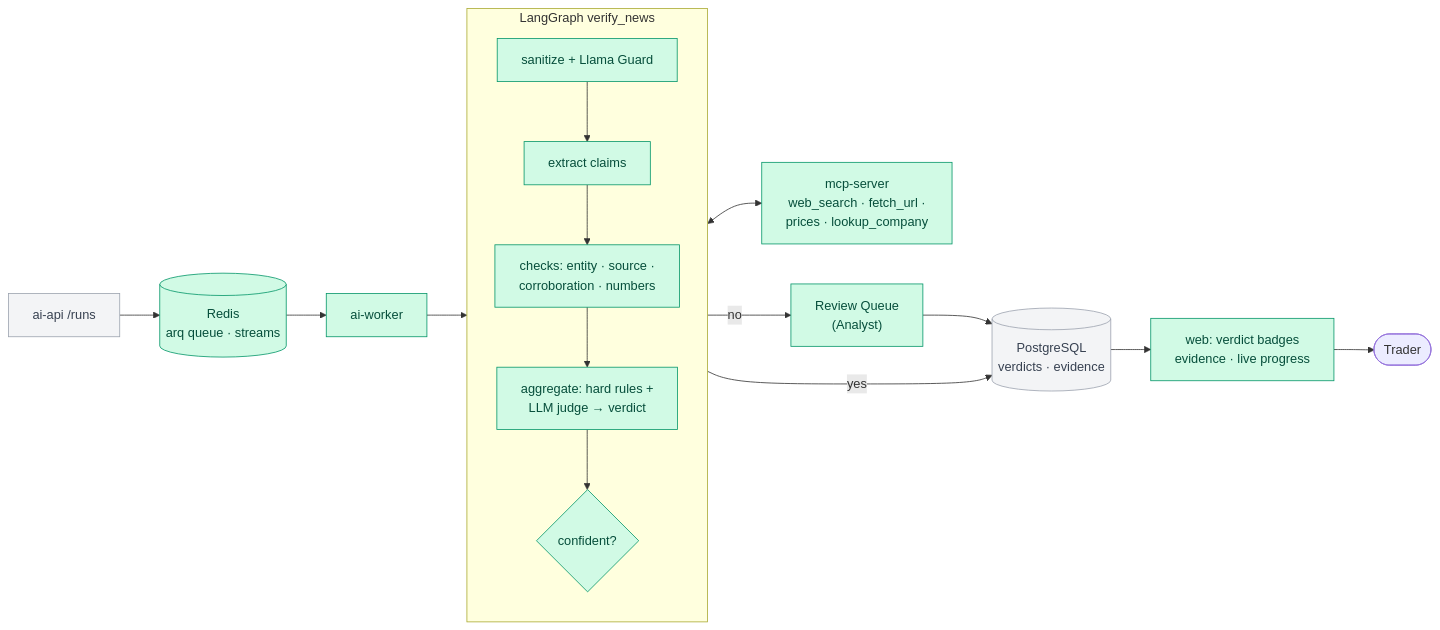
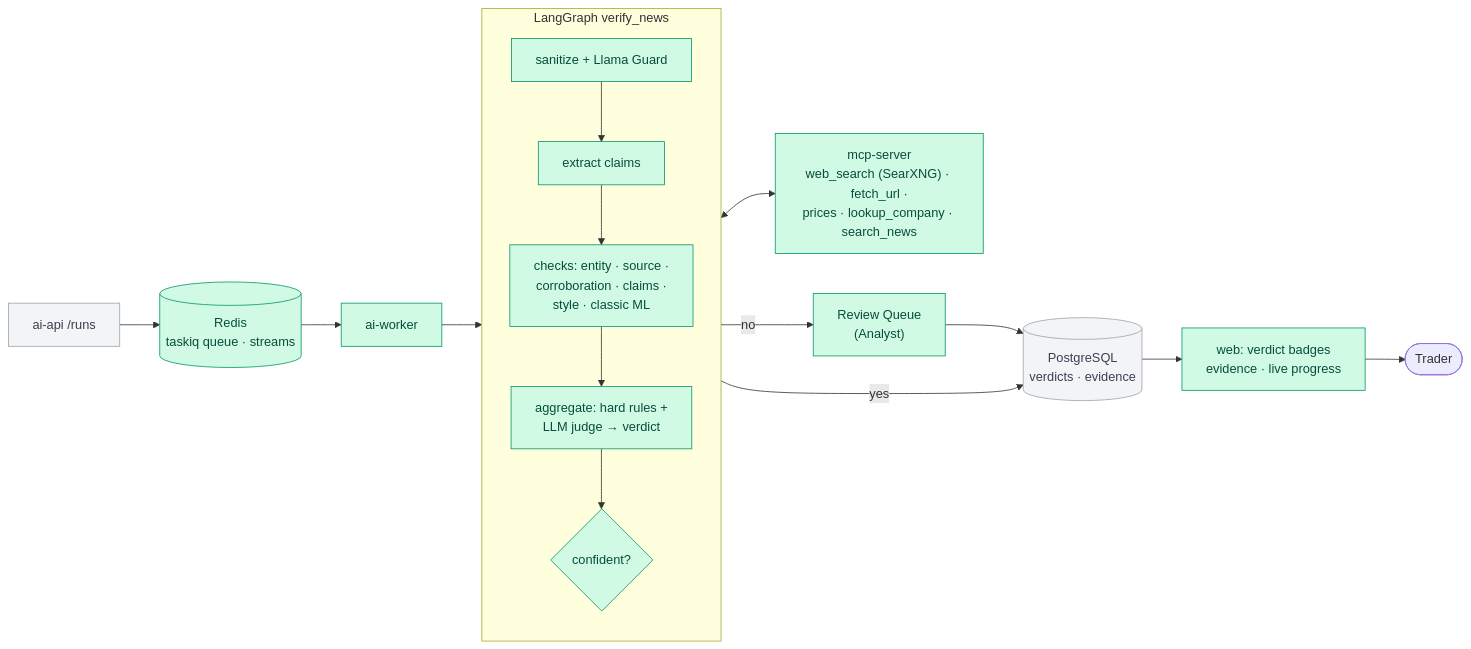
Before and after one commit to tomjnet/premarket-ai: the fifth of 7 diagrams in README.md, drawn with Mermaid. The commit also changed other lines of this file and 120 other files, not shown here.

````diff
--- a/README.md
+++ b/README.md
@@ -344,29 +398,29 @@
 ```mermaid
 flowchart LR
   classDef new fill:#d1fae5,stroke:#059669,color:#064e3b
   classDef old fill:#f3f4f6,stroke:#9ca3af,color:#374151
 
   API["ai-api /runs"]:::old
-  Q[("Redis<br/>arq queue · streams")]:::new
+  Q[("Redis<br/>taskiq queue · streams")]:::new
   W["ai-worker"]:::new
   subgraph G["LangGraph verify_news"]
     direction TB
     S1["sanitize + Llama Guard"]:::new
     S2["extract claims"]:::new
-    S3["checks: entity · source ·<br/>corroboration · numbers"]:::new
+    S3["checks: entity · source ·<br/>corroboration · claims ·<br/>style · classic ML"]:::new
     S4["aggregate: hard rules +<br/>LLM judge → verdict"]:::new
     S5{"confident?"}:::new
     S1 --> S2 --> S3 --> S4 --> S5
   end
-  MCP["mcp-server<br/>web_search · fetch_url ·<br/>prices · lookup_company"]:::new
+  MCP["mcp-server<br/>web_search (SearXNG) · fetch_url ·<br/>prices · lookup_company · search_news"]:::new
   HITL["Review Queue<br/>(Analyst)"]:::new
   PG[("PostgreSQL<br/>verdicts · evidence")]:::old
   WEB["web: verdict badges<br/>evidence · live progress"]:::new
   T(["Trader"])
 
   API --> Q --> W --> G
   S3 <--> MCP
   S5 -- "yes" --> PG
   S5 -- "no" --> HITL --> PG
   PG --> WEB --> T
 ```
````
